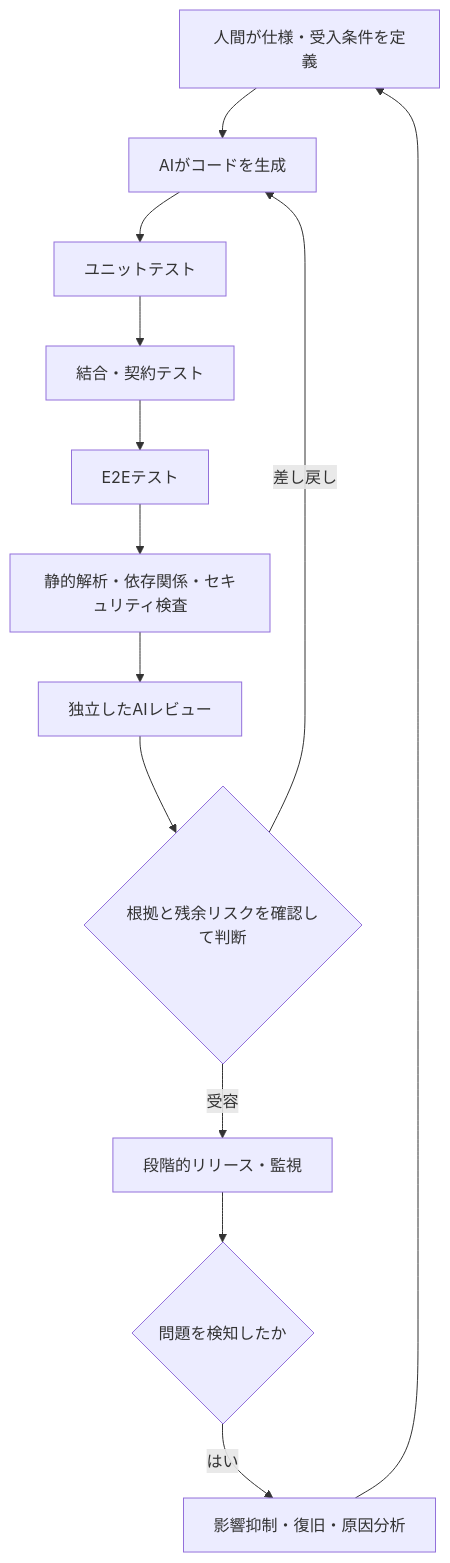
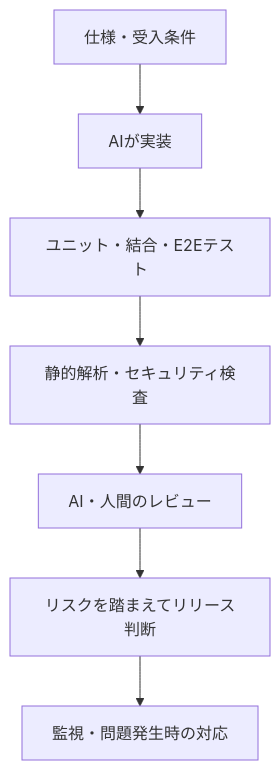
The diagram in articles/trusting-ai-generated-code.md (Umemura0212/zenn-content), drawn with Mermaid before and after one commit. The commit also changed other lines of this file, not shown here.

````diff
--- a/articles/trusting-ai-generated-code.md
+++ b/articles/trusting-ai-generated-code.md
@@ -42,15 +25,9 @@
 ```mermaid
 flowchart TD
-    S[人間が仕様・受入条件を定義] --> G[AIがコードを生成]
-    G --> U[ユニットテスト]
-    U --> I[結合・契約テスト]
-    I --> E[E2Eテスト]
-    E --> A[静的解析・依存関係・セキュリティ検査]
-    A --> R[独立したAIレビュー]
-    R --> H{根拠と残余リスクを確認して判断}
-    H -->|受容| D[段階的リリース・監視]
-    H -->|差し戻し| G
-    D --> O{問題を検知したか}
-    O -->|はい| X[影響抑制・復旧・原因分析]
-    X --> S
+    A[仕様・受入条件] --> B[AIが実装]
+    B --> C[ユニット・結合・E2Eテスト]
+    C --> D[静的解析・セキュリティ検査]
+    D --> E[AI・人間のレビュー]
+    E --> F[リスクを踏まえてリリース判断]
+    F --> G[監視・問題発生時の対応]
 ```
````
